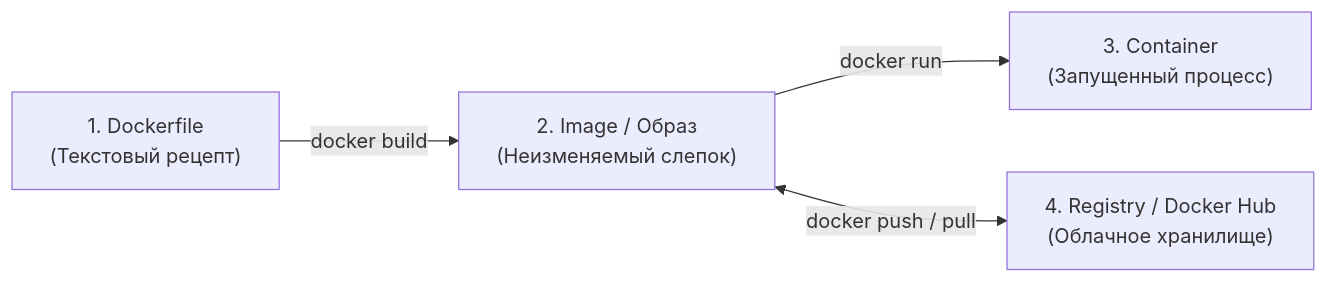
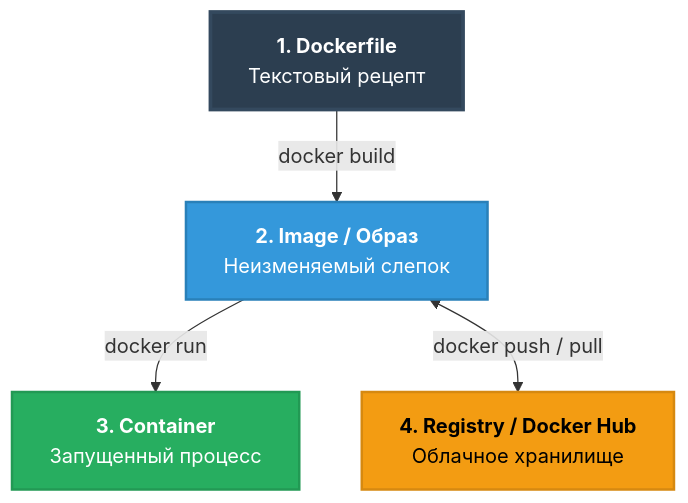
One commit to Alex808r/go-production-engineering changed the first of 2 diagrams in go-documentation/docker-and-compose-starter-guide.md. Above: the diagram before and after it, drawn with Mermaid. The commit also changed other lines of this file, not shown here.

Commit message:
docs: add top-8 Docker interview & production FAQ to starter guide

````diff
--- a/go-documentation/docker-and-compose-starter-guide.md
+++ b/go-documentation/docker-and-compose-starter-guide.md
@@ -91,6 +92,16 @@
 ```mermaid
-flowchart LR
-    Dockerfile["1. Dockerfile\n(Текстовый рецепт)"] -- "docker build" --> Image["2. Image / Образ\n(Неизменяемый слепок)"]
-    Image -- "docker run" --> Container["3. Container\n(Запущенный процесс)"]
-    Image -- "docker push / pull" <--> Registry["4. Registry / Docker Hub\n(Облачное хранилище)"]
+flowchart TD
+    Dockerfile["<b>1. Dockerfile</b><br/>Текстовый рецепт"]
+    Image["<b>2. Image / Образ</b><br/>Неизменяемый слепок"]
+    Container["<b>3. Container</b><br/>Запущенный процесс"]
+    Registry["<b>4. Registry / Docker Hub</b><br/>Облачное хранилище"]
+
+    Dockerfile -->|"docker build"| Image
+    Image -->|"docker run"| Container
+    Image <-->|"docker push / pull"| Registry
+
+    style Dockerfile fill:#2c3e50,stroke:#34495e,stroke-width:3px,color:#fff
+    style Image fill:#3498db,stroke:#2980b9,stroke-width:2px,color:#fff
+    style Container fill:#27ae60,stroke:#229954,stroke-width:2px,color:#fff
+    style Registry fill:#f39c12,stroke:#d68910,stroke-width:2px,color:#000
 ```
````
